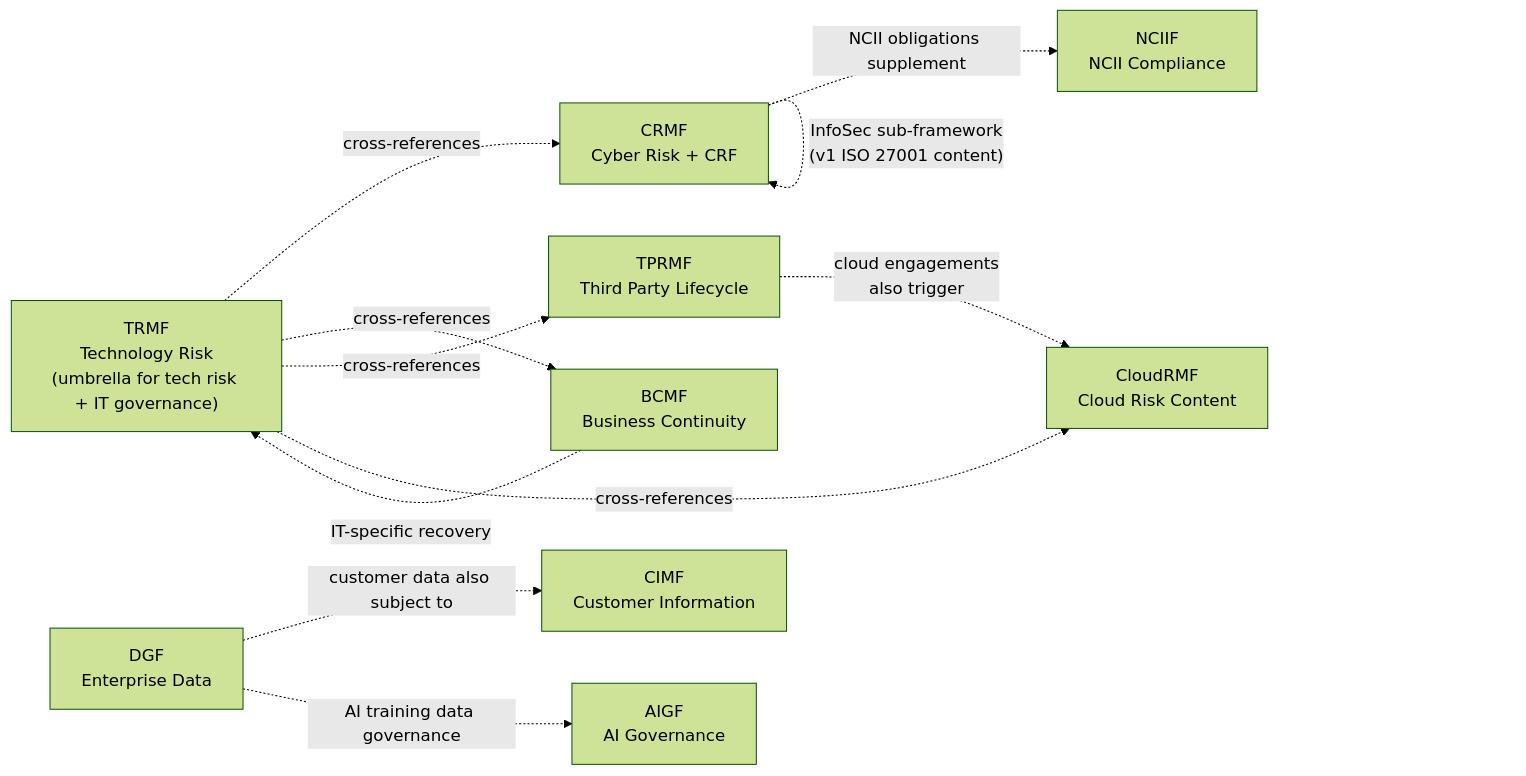
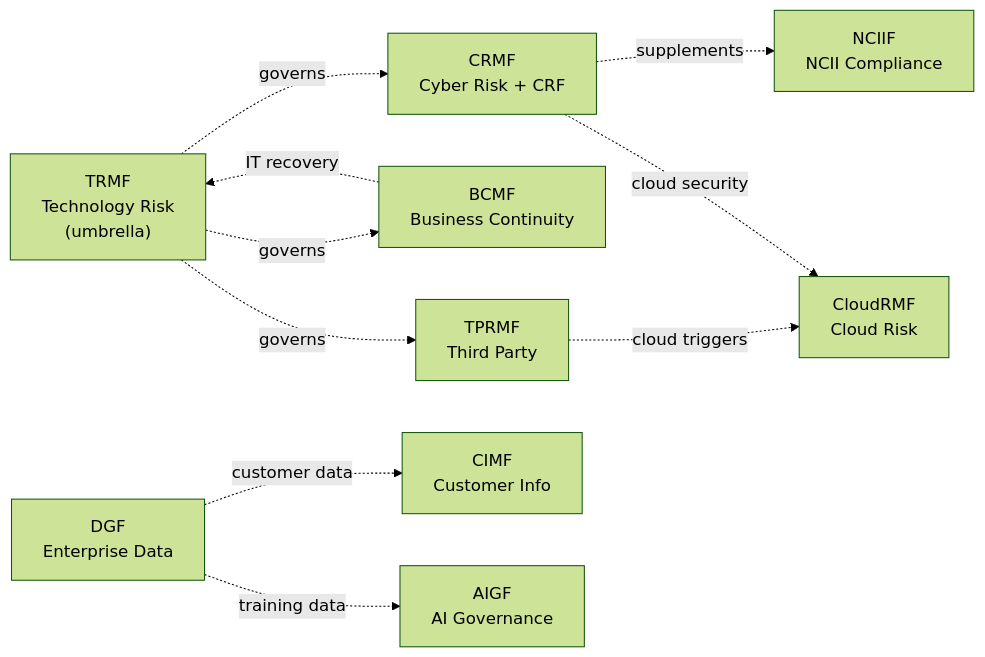
One commit to dawuds/documentation changed the second of 2 diagrams in 00-architecture/architecture.md. Above: the diagram before and after it, drawn with Mermaid (forest theme). The commit also changed other lines of this file and 2 other files, not shown here.

First line of the commit message:
Fix mermaid font cutoff; trim README

````diff
--- a/00-architecture/architecture.md
+++ b/00-architecture/architecture.md
@@ -158,23 +158,22 @@
 ```mermaid
 flowchart LR
-    TRMF["TRMF<br/>Technology Risk<br/>(umbrella for tech risk + IT governance)"]
+    TRMF["TRMF<br/>Technology Risk<br/>(umbrella)"]
     CRMF["CRMF<br/>Cyber Risk + CRF"]
     BCMF["BCMF<br/>Business Continuity"]
-    TPRMF["TPRMF<br/>Third Party Lifecycle"]
-    CIMF["CIMF<br/>Customer Information"]
+    TPRMF["TPRMF<br/>Third Party"]
+    CIMF["CIMF<br/>Customer Info"]
     NCIIF["NCIIF<br/>NCII Compliance"]
-    CloudRMF["CloudRMF<br/>Cloud Risk Content"]
+    CloudRMF["CloudRMF<br/>Cloud Risk"]
     DGF["DGF<br/>Enterprise Data"]
     AIGF["AIGF<br/>AI Governance"]
 
-    TRMF -.->|"cross-references"| CRMF
-    TRMF -.->|"cross-references"| BCMF
-    TRMF -.->|"cross-references"| TPRMF
-    TRMF -.->|"cross-references"| CloudRMF
-    CRMF -.->|"NCII obligations supplement"| NCIIF
-    CRMF -.->|"InfoSec sub-framework<br/>(v1 ISO 27001 content)"| CRMF
-    TPRMF -.->|"cloud engagements<br/>also trigger"| CloudRMF
-    DGF -.->|"customer data also subject to"| CIMF
-    DGF -.->|"AI training data governance"| AIGF
-    BCMF -.->|"IT-specific recovery"| TRMF
+    TRMF -.->|"governs"| CRMF
+    TRMF -.->|"governs"| BCMF
+    TRMF -.->|"governs"| TPRMF
+    CRMF -.->|"supplements"| NCIIF
+    TPRMF -.->|"cloud triggers"| CloudRMF
+    CRMF -.->|"cloud security"| CloudRMF
+    DGF -.->|"customer data"| CIMF
+    DGF -.->|"training data"| AIGF
+    BCMF -.->|"IT recovery"| TRMF
 ```
````
